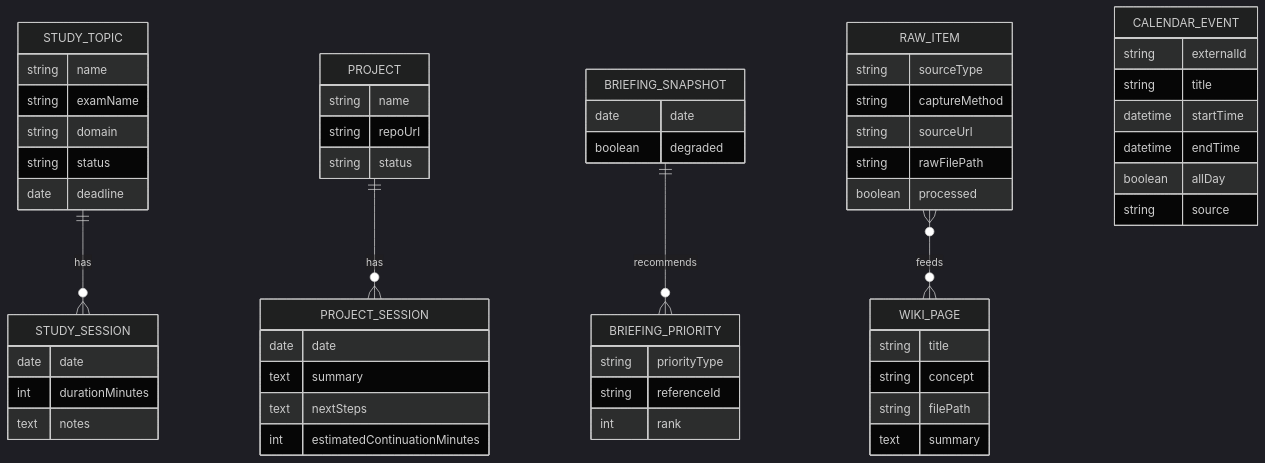
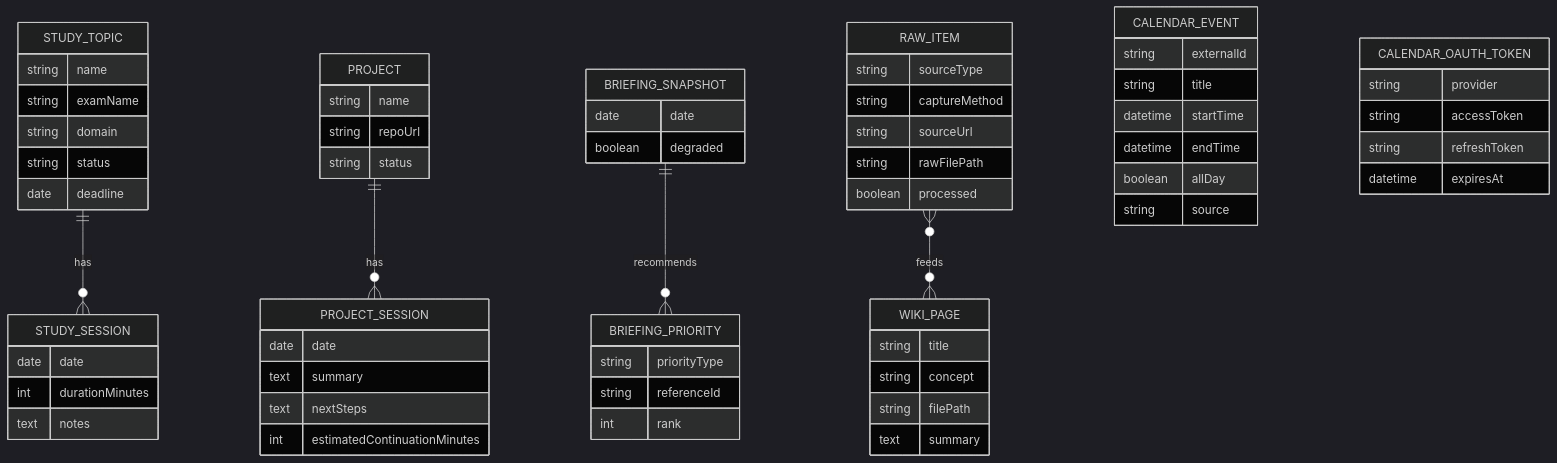
The diagram in docs/data-model.md (CodePrata/my-pensieve), drawn with Mermaid (dark theme) before and after one commit. The commit also changed other lines of this file and 1 other file, not shown here.

Commit message:
docs: explain OAuth callback route path deviation; update data-model.md for CalendarOAuthToken and implemented entities

````diff
--- a/docs/data-model.md
+++ b/docs/data-model.md
@@ -72,61 +76,67 @@
 ```mermaid
 erDiagram
     STUDY_TOPIC ||--o{ STUDY_SESSION : "has"
     PROJECT ||--o{ PROJECT_SESSION : "has"
     BRIEFING_SNAPSHOT ||--o{ BRIEFING_PRIORITY : "recommends"
     RAW_ITEM }o--o{ WIKI_PAGE : "feeds"
 
     CALENDAR_EVENT {
         string externalId
         string title
         datetime startTime
         datetime endTime
         boolean allDay
         string source
     }
     STUDY_TOPIC {
         string name
         string examName
         string domain
         string status
         date deadline
     }
     STUDY_SESSION {
         date date
         int durationMinutes
         text notes
     }
     PROJECT {
         string name
         string repoUrl
         string status
     }
     PROJECT_SESSION {
         date date
         text summary
         text nextSteps
         int estimatedContinuationMinutes
     }
     RAW_ITEM {
         string sourceType
         string captureMethod
         string sourceUrl
         string rawFilePath
         boolean processed
     }
     WIKI_PAGE {
         string title
         string concept
         string filePath
         text summary
     }
     BRIEFING_SNAPSHOT {
         date date
         boolean degraded
     }
     BRIEFING_PRIORITY {
         string priorityType
         string referenceId
         int rank
     }
+    CALENDAR_OAUTH_TOKEN {
+        string provider
+        string accessToken
+        string refreshToken
+        datetime expiresAt
+    }
 ```
````
